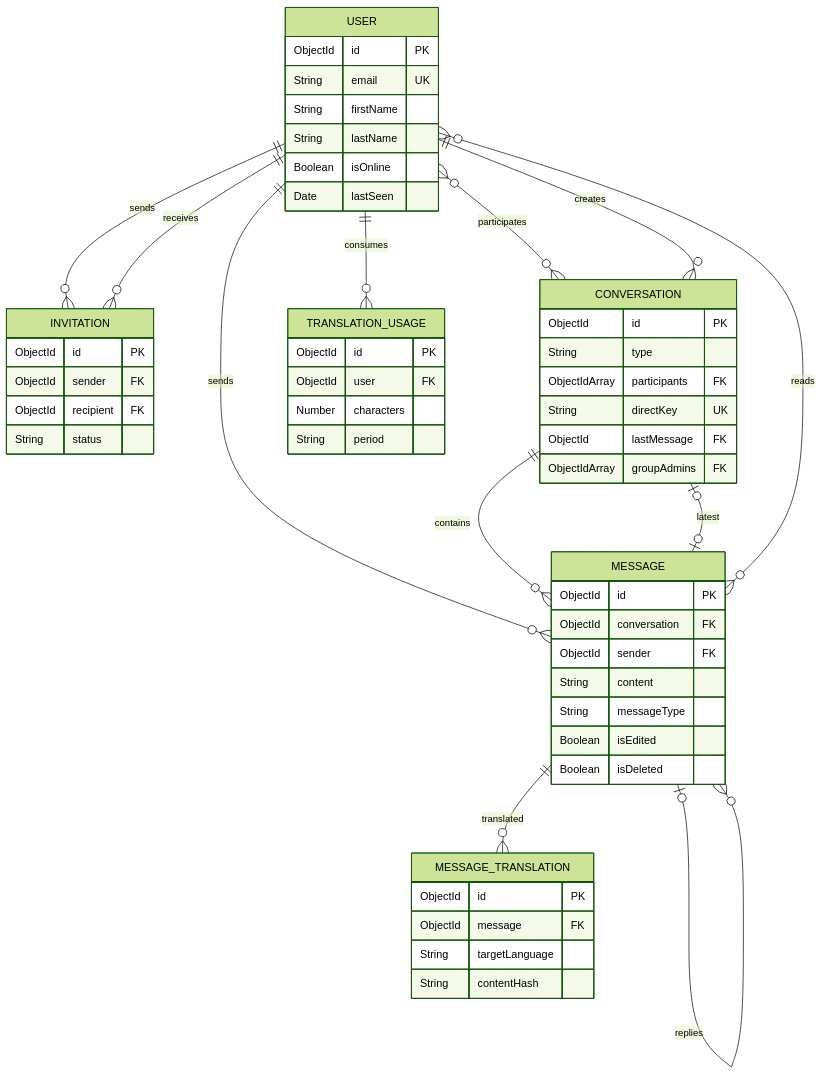
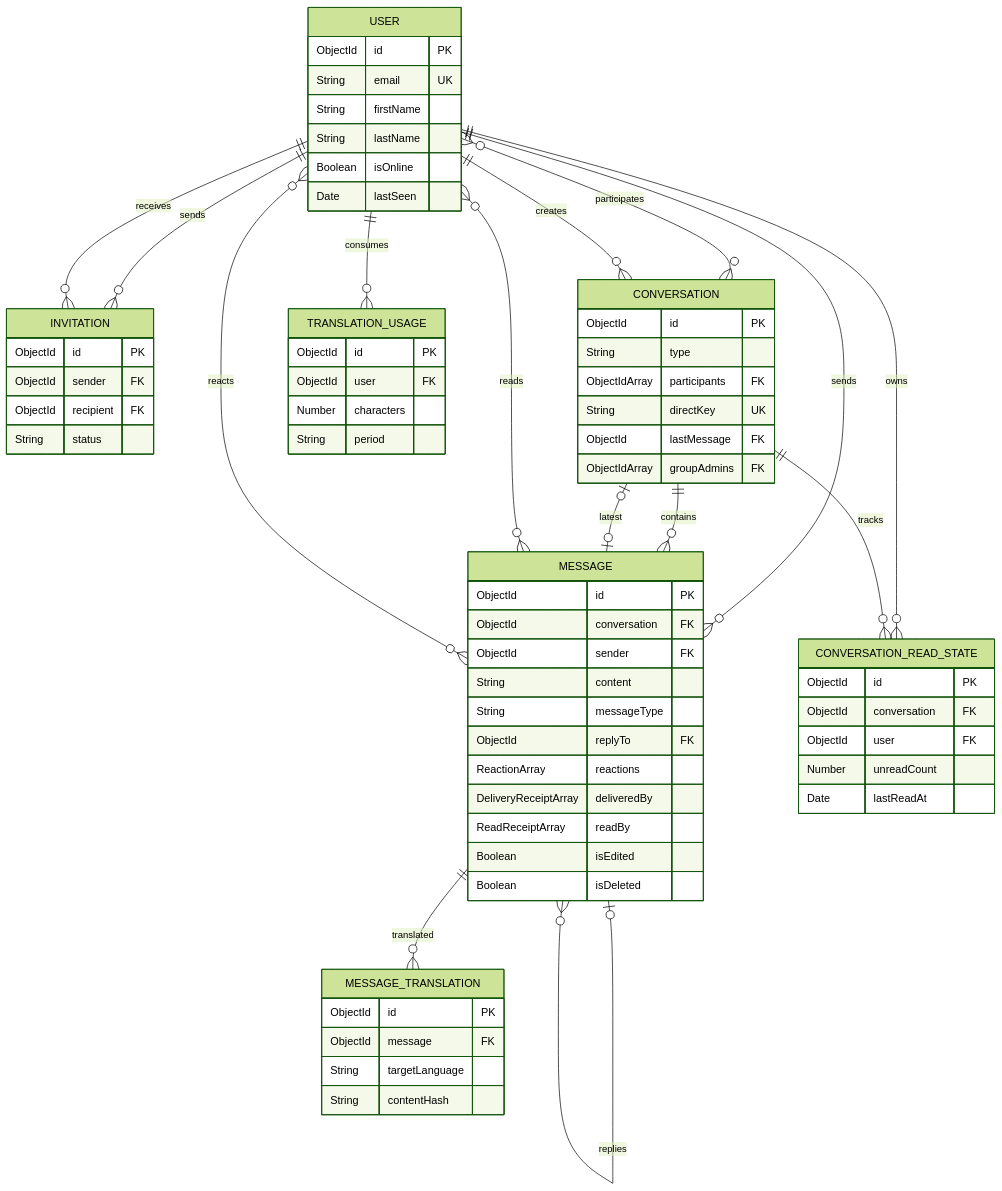
Diagram 12 of 26 in docs/10-diagram-catalog.md (Saurav11343/click-chat), drawn with Mermaid (forest theme) before and after one commit. The commit also changed other lines of this file and 18 other files, not shown here.

````diff
--- a/docs/10-diagram-catalog.md
+++ b/docs/10-diagram-catalog.md
@@ -441,61 +443,75 @@
 ```mermaid
 erDiagram
     USER ||--o{ INVITATION : sends
     USER ||--o{ INVITATION : receives
     USER }o--o{ CONVERSATION : participates
     USER ||--o{ CONVERSATION : creates
     USER ||--o{ MESSAGE : sends
     CONVERSATION ||--o{ MESSAGE : contains
     CONVERSATION o|--o| MESSAGE : latest
     MESSAGE o|--o{ MESSAGE : replies
     USER }o--o{ MESSAGE : reads
+    USER }o--o{ MESSAGE : reacts
+    USER ||--o{ CONVERSATION_READ_STATE : owns
+    CONVERSATION ||--o{ CONVERSATION_READ_STATE : tracks
     MESSAGE ||--o{ MESSAGE_TRANSLATION : translated
     USER ||--o{ TRANSLATION_USAGE : consumes
 
     USER {
         ObjectId id PK
         String email UK
         String firstName
         String lastName
         Boolean isOnline
         Date lastSeen
     }
 
     INVITATION {
         ObjectId id PK
         ObjectId sender FK
         ObjectId recipient FK
         String status
     }
 
     CONVERSATION {
         ObjectId id PK
         String type
         ObjectIdArray participants FK
         String directKey UK
         ObjectId lastMessage FK
         ObjectIdArray groupAdmins FK
     }
 
     MESSAGE {
         ObjectId id PK
         ObjectId conversation FK
         ObjectId sender FK
         String content
         String messageType
+        ObjectId replyTo FK
+        ReactionArray reactions
+        DeliveryReceiptArray deliveredBy
+        ReadReceiptArray readBy
         Boolean isEdited
         Boolean isDeleted
+    }
+    CONVERSATION_READ_STATE {
+        ObjectId id PK
+        ObjectId conversation FK
+        ObjectId user FK
+        Number unreadCount
+        Date lastReadAt
     }
     MESSAGE_TRANSLATION {
         ObjectId id PK
         ObjectId message FK
         String targetLanguage
         String contentHash
     }
     TRANSLATION_USAGE {
         ObjectId id PK
         ObjectId user FK
         Number characters
         String period
     }
 ```
````
